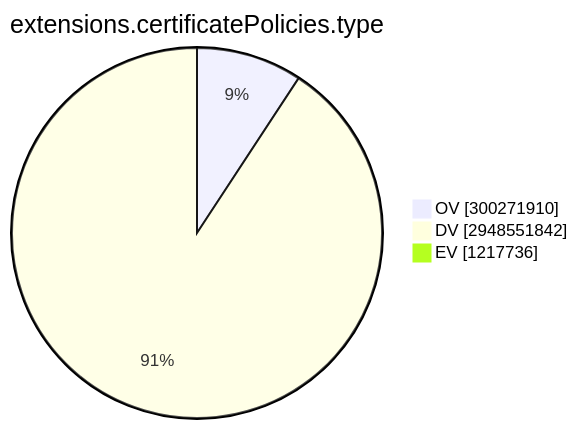
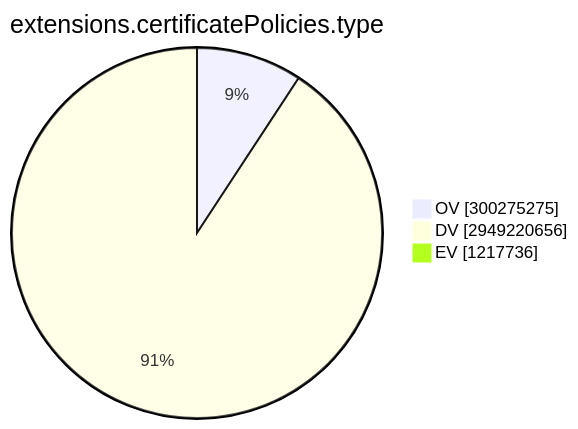
One commit to christiankrug/ctmonitor_visualization changed the ninth of 15 diagrams in TOTAL/README.md. Above: the diagram before and after it, drawn with Mermaid. The commit also changed other lines of this file, not shown here.

````diff
--- a/TOTAL/README.md
+++ b/TOTAL/README.md
@@ -3101,7 +3101,7 @@
 ```mermaid
 pie showData
 title extensions.certificatePolicies.type
-"OV" :300271910
-"DV" :2948551842
+"OV" :300275275
+"DV" :2949220656
 "EV" :1217736
 ```
````
